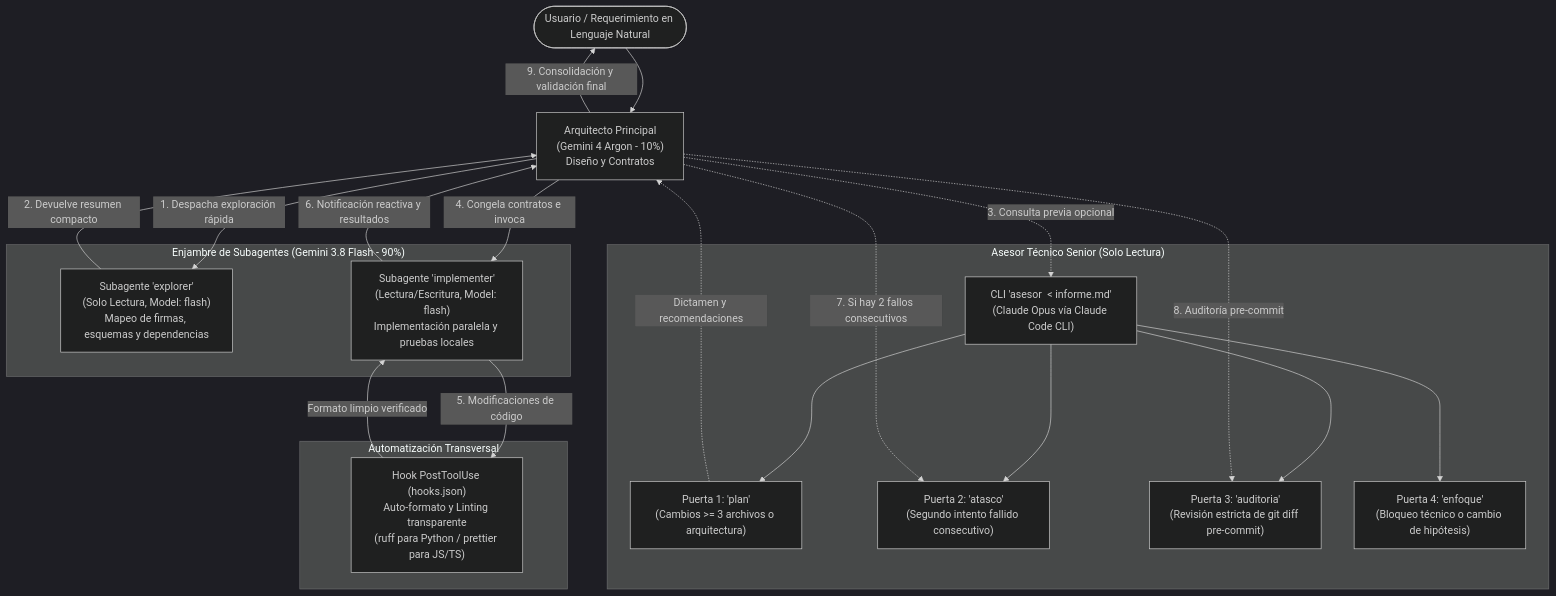
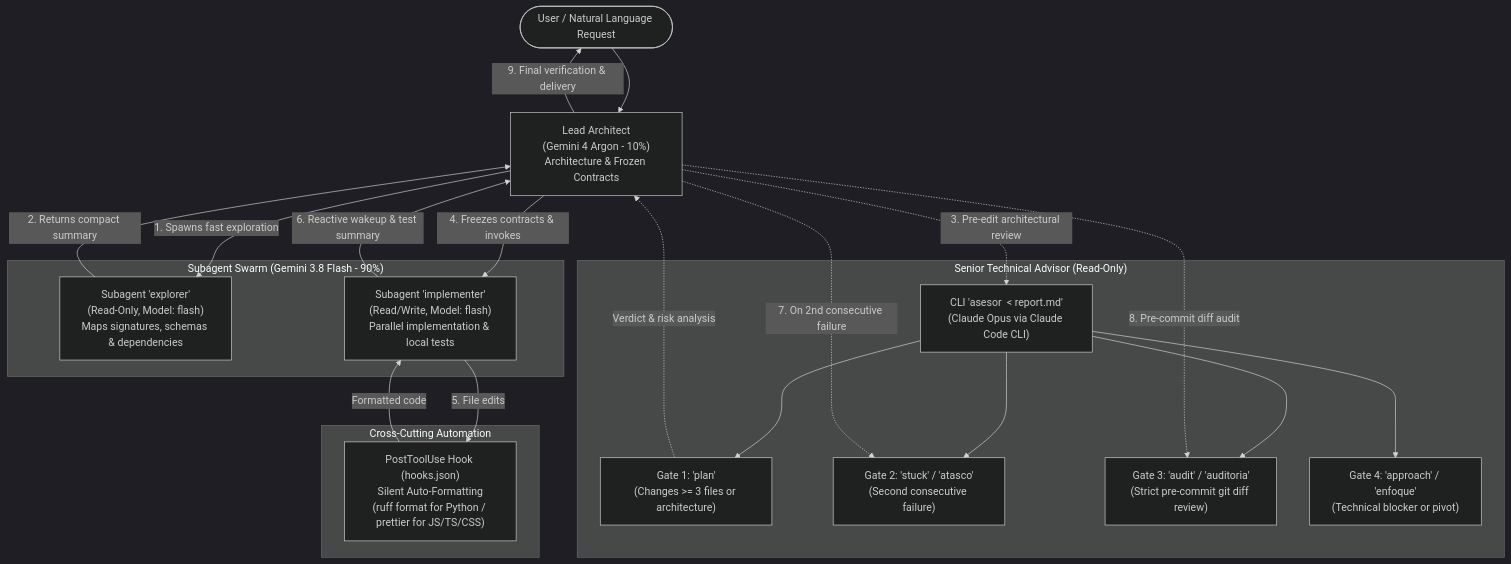
One commit to federicogmz/agent-orchestration changed the diagram in README.md. Above: the diagram before and after it, drawn with Mermaid (dark theme). The commit also changed other lines of this file and 8 other files, not shown here.

Commit message:
docs: translate repository and CLI prompts to English with bilingual gate aliases

````diff
--- a/README.md
+++ b/README.md
@@ -28,37 +28,37 @@
 ```mermaid
 flowchart TD
-    User(["Usuario / Requerimiento en Lenguaje Natural"]) --> Argon["Arquitecto Principal\n(Gemini 4 Argon - 10%)\nDiseño y Contratos"]
+    User(["User / Natural Language Request"]) --> Argon["Lead Architect\n(Gemini 4 Argon - 10%)\nArchitecture & Frozen Contracts"]
 
-    subgraph Consultoria ["Asesor Técnico Senior (Solo Lectura)"]
-        AsesorCLI["CLI 'asesor <tipo> < informe.md'\n(Claude Opus vía Claude Code CLI)"]
-        GatePlan["Puerta 1: 'plan'\n(Cambios >= 3 archivos o arquitectura)"]
-        GateAtasco["Puerta 2: 'atasco'\n(Segundo intento fallido consecutivo)"]
-        GateAuditoria["Puerta 3: 'auditoria'\n(Revisión estricta de git diff pre-commit)"]
-        GateEnfoque["Puerta 4: 'enfoque'\n(Bloqueo técnico o cambio de hipótesis)"]
+    subgraph Advisory ["Senior Technical Advisor (Read-Only)"]
+        AsesorCLI["CLI 'asesor <type> < report.md'\n(Claude Opus via Claude Code CLI)"]
+        GatePlan["Gate 1: 'plan'\n(Changes >= 3 files or architecture)"]
+        GateStuck["Gate 2: 'stuck' / 'atasco'\n(Second consecutive failure)"]
+        GateAudit["Gate 3: 'audit' / 'auditoria'\n(Strict pre-commit git diff review)"]
+        GateApproach["Gate 4: 'approach' / 'enfoque'\n(Technical blocker or pivot)"]
         AsesorCLI --> GatePlan
-        AsesorCLI --> GateAtasco
-        AsesorCLI --> GateAuditoria
-        AsesorCLI --> GateEnfoque
+        AsesorCLI --> GateStuck
+        AsesorCLI --> GateAudit
+        AsesorCLI --> GateApproach
     end
 
-    subgraph Enjambre ["Enjambre de Subagentes (Gemini 3.8 Flash - 90%)"]
-        Explorer["Subagente 'explorer'\n(Solo Lectura, Model: flash)\nMapeo de firmas, esquemas y dependencias"]
-        Implementer["Subagente 'implementer'\n(Lectura/Escritura, Model: flash)\nImplementación paralela y pruebas locales"]
+    subgraph Swarm ["Subagent Swarm (Gemini 3.8 Flash - 90%)"]
+        Explorer["Subagent 'explorer'\n(Read-Only, Model: flash)\nMaps signatures, schemas & dependencies"]
+        Implementer["Subagent 'implementer'\n(Read/Write, Model: flash)\nParallel implementation & local tests"]
     end
 
-    subgraph Hooks ["Automatización Transversal"]
-        PostTool["Hook PostToolUse (hooks.json)\nAuto-formato y Linting transparente\n(ruff para Python / prettier para JS/TS)"]
+    subgraph Hooks ["Cross-Cutting Automation"]
+        PostTool["PostToolUse Hook (hooks.json)\nSilent Auto-Formatting\n(ruff format for Python / prettier for JS/TS/CSS)"]
     end
 
-    Argon -->|"1. Despacha exploración rápida"| Explorer
-    Explorer -->|"2. Devuelve resumen compacto"| Argon
-    Argon -.->|"3. Consulta previa opcional"| AsesorCLI
-    GatePlan -.->|"Dictamen y recomendaciones"| Argon
-    Argon -->|"4. Congela contratos e invoca"| Implementer
-    Implementer -->|"5. Modificaciones de código"| PostTool
-    PostTool -->|"Formato limpio verificado"| Implementer
-    Implementer -->|"6. Notificación reactiva y resultados"| Argon
-    Argon -.->|"7. Si hay 2 fallos consecutivos"| GateAtasco
-    Argon -.->|"8. Auditoría pre-commit"| GateAuditoria
-    Argon -->|"9. Consolidación y validación final"| User
+    Argon -->|"1. Spawns fast exploration"| Explorer
+    Explorer -->|"2. Returns compact summary"| Argon
+    Argon -.->|"3. Pre-edit architectural review"| AsesorCLI
+    GatePlan -.->|"Verdict & risk analysis"| Argon
+    Argon -->|"4. Freezes contracts & invokes"| Implementer
+    Implementer -->|"5. File edits"| PostTool
+    PostTool -->|"Formatted code"| Implementer
+    Implementer -->|"6. Reactive wakeup & test summary"| Argon
+    Argon -.->|"7. On 2nd consecutive failure"| GateStuck
+    Argon -.->|"8. Pre-commit diff audit"| GateAudit
+    Argon -->|"9. Final verification & delivery"| User
 ```
````
